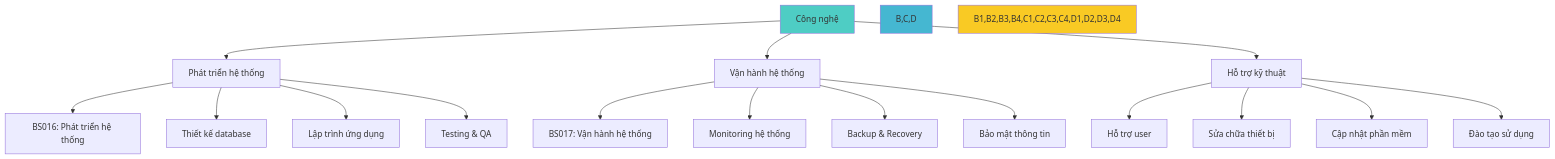
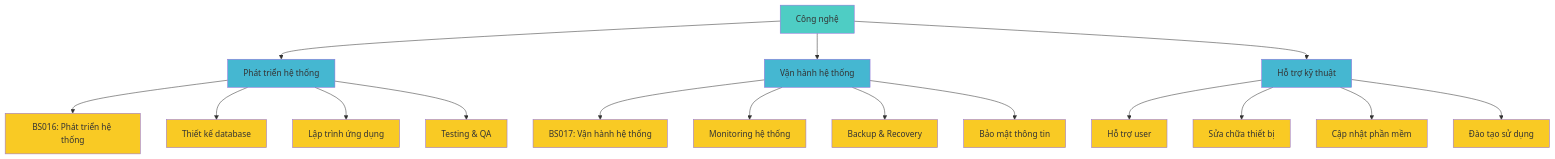
Before and after one commit to hieptuanle/hust-kien-truc-httt: diagram 23 of 41 in 3. Kiến trúc cơ sở/3.2. Kiến trúc nghiệp vụ.md, drawn with Mermaid. The commit also changed other lines of this file, not shown here.

````diff
--- a/3. Kiến trúc cơ sở/3.2. Kiến trúc nghiệp vụ.md
+++ b/3. Kiến trúc cơ sở/3.2. Kiến trúc nghiệp vụ.md
@@ -644,25 +656,29 @@
 ```mermaid
 graph TD
     A[Công nghệ] --> B[Phát triển hệ thống]
     A --> C[Vận hành hệ thống]
     A --> D[Hỗ trợ kỹ thuật]
 
     B --> B1[BS016: Phát triển hệ thống]
     B --> B2[Thiết kế database]
     B --> B3[Lập trình ứng dụng]
     B --> B4[Testing & QA]
 
     C --> C1[BS017: Vận hành hệ thống]
     C --> C2[Monitoring hệ thống]
     C --> C3[Backup & Recovery]
     C --> C4[Bảo mật thông tin]
 
     D --> D1[Hỗ trợ user]
     D --> D2[Sửa chữa thiết bị]
     D --> D3[Cập nhật phần mềm]
     D --> D4[Đào tạo sử dụng]
 
-    style A fill:#4ecdc4
-    style B,C,D fill:#45b7d1
-    style B1,B2,B3,B4,C1,C2,C3,C4,D1,D2,D3,D4 fill:#f9ca24
+    classDef phongBan fill:#4ecdc4
+    classDef chucNang fill:#f9ca24
+    classDef actor fill:#45b7d1
+
+    class A phongBan
+    class B,C,D actor
+    class B1,B2,B3,B4,C1,C2,C3,C4,D1,D2,D3,D4 chucNang
 ```
````
